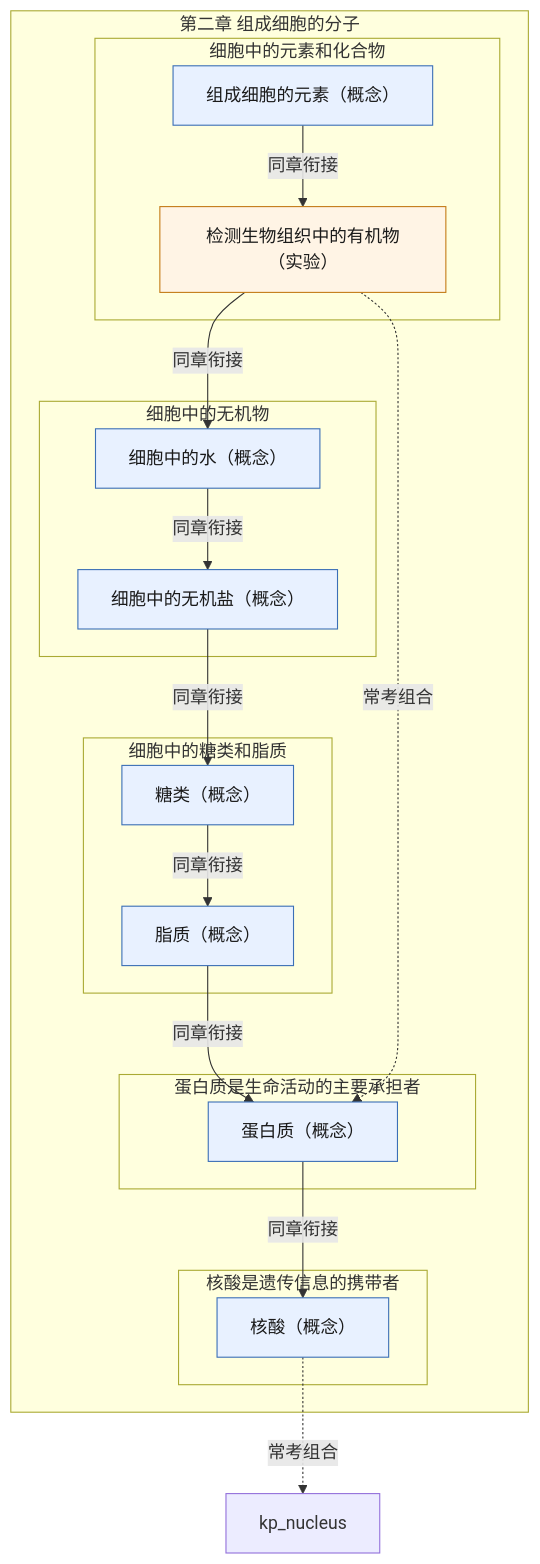
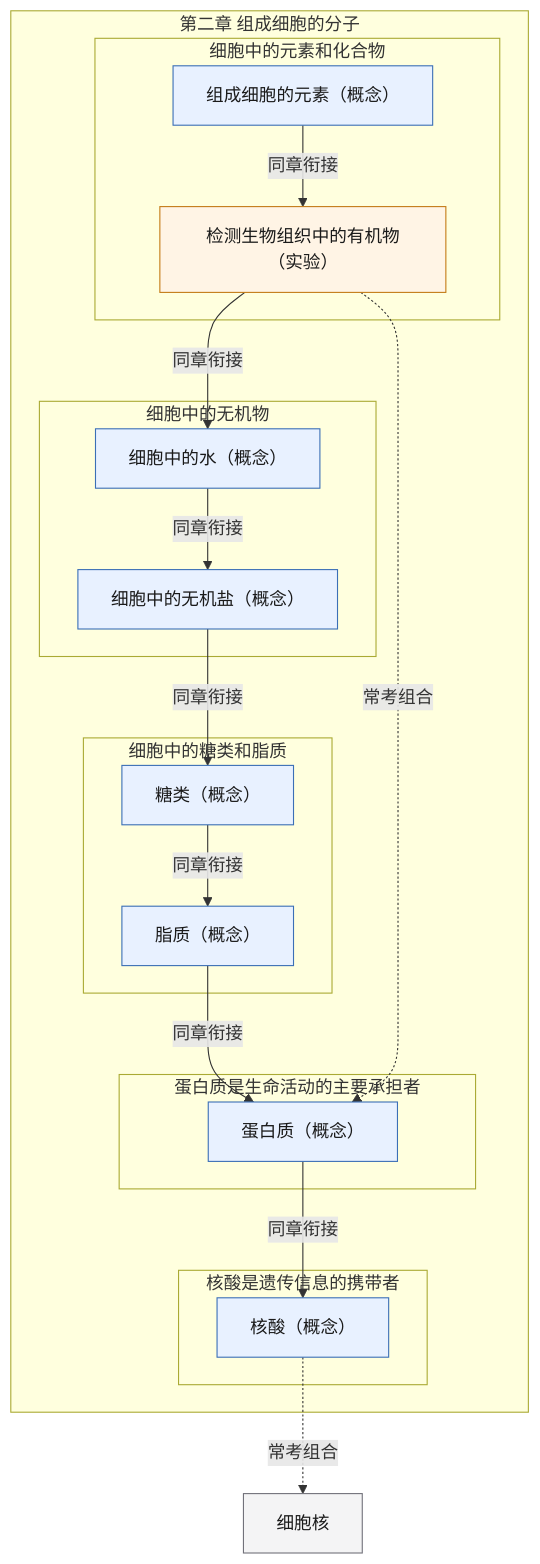
The diagram in skills/high-school-ai-tutor/references/pep-bio-bx1-ch2.md (lihenair/high-school-ai-tutor-skill), drawn with Mermaid before and after one commit. The commit also changed 20 other files, not shown here.

Commit message:
feat(graph): 跨章常考组合渲染为中文显示名（灰色外部节点），不再显示英文代号

````diff
--- a/skills/high-school-ai-tutor/references/pep-bio-bx1-ch2.md
+++ b/skills/high-school-ai-tutor/references/pep-bio-bx1-ch2.md
@@ -5,36 +5,36 @@
 ```mermaid
 flowchart TD
   classDef concept fill:#E8F1FF,stroke:#3B6FB6,color:#1A1A1A
   classDef skill fill:#E7F6EE,stroke:#2E7D4F,color:#1A1A1A
   classDef experiment fill:#FFF4E5,stroke:#C47B17,color:#1A1A1A
   classDef later fill:#F4F4F5,stroke:#71717A,color:#1A1A1A
   subgraph ch["第二章 组成细胞的分子"]
     subgraph s1["细胞中的元素和化合物"]
       kp_elements["组成细胞的元素（概念）"]:::concept
       kp_biomass_detection["检测生物组织中的有机物（实验）"]:::experiment
     end
     subgraph s2["细胞中的无机物"]
       kp_water["细胞中的水（概念）"]:::concept
       kp_inorganic_salts["细胞中的无机盐（概念）"]:::concept
     end
     subgraph s3["细胞中的糖类和脂质"]
       kp_sugars["糖类（概念）"]:::concept
       kp_lipids["脂质（概念）"]:::concept
     end
     subgraph s4["蛋白质是生命活动的主要承担者"]
       kp_proteins["蛋白质（概念）"]:::concept
     end
     subgraph s5["核酸是遗传信息的携带者"]
       kp_nucleic_acids["核酸（概念）"]:::concept
     end
   end
   kp_elements -->|同章衔接| kp_biomass_detection
   kp_biomass_detection -->|同章衔接| kp_water
   kp_water -->|同章衔接| kp_inorganic_salts
   kp_inorganic_salts -->|同章衔接| kp_sugars
   kp_sugars -->|同章衔接| kp_lipids
   kp_lipids -->|同章衔接| kp_proteins
   kp_proteins -->|同章衔接| kp_nucleic_acids
   kp_biomass_detection -.->|常考组合| kp_proteins
-  kp_nucleic_acids -.->|常考组合| kp_nucleus
+  kp_nucleic_acids -.->|常考组合| kp_nucleus["细胞核"]:::later
 ```
````
